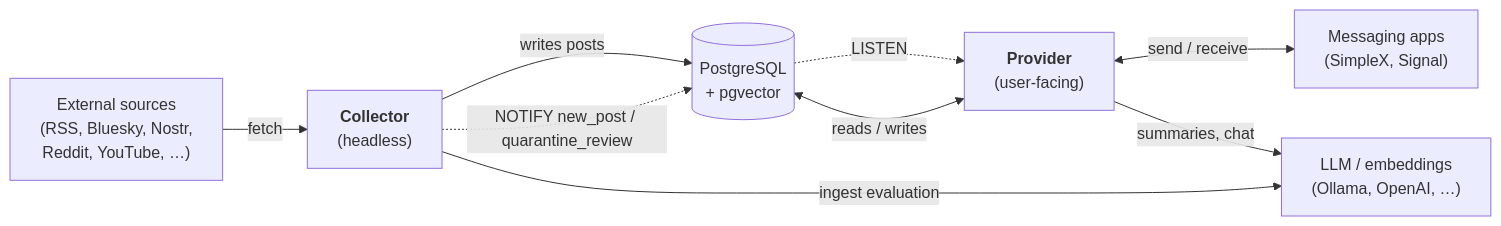
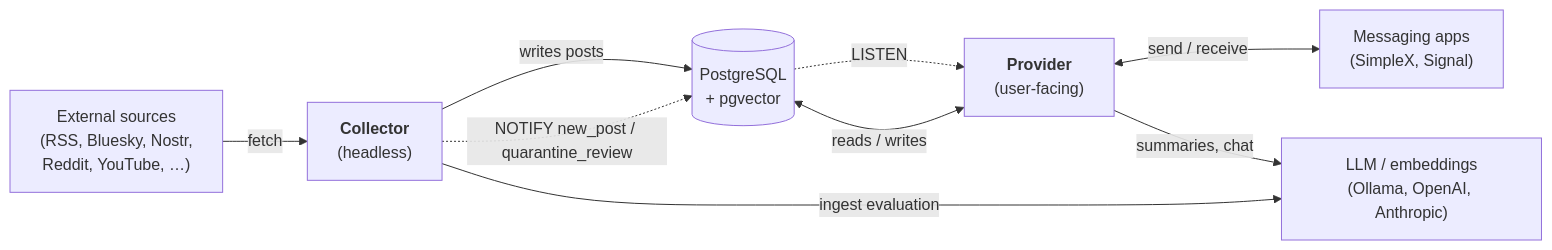
The first of 5 diagrams in OVERVIEW.md (zcat-app/infochat), drawn with Mermaid before and after one commit. The commit also changed other lines of this file and 5 other files, not shown here.

````diff
--- a/OVERVIEW.md
+++ b/OVERVIEW.md
@@ -33,18 +33,18 @@
 ```mermaid
 flowchart LR
     ext["External sources<br/>(RSS, Bluesky, Nostr,<br/>Reddit, YouTube, …)"]
     collector["<b>Collector</b><br/>(headless)"]
     db[("PostgreSQL<br/>+ pgvector")]
     provider["<b>Provider</b><br/>(user-facing)"]
     apps["Messaging apps<br/>(SimpleX, Signal)"]
-    llm["LLM / embeddings<br/>(Ollama, OpenAI, …)"]
+    llm["LLM / embeddings<br/>(Ollama, OpenAI, Anthropic)"]
 
     ext -->|fetch| collector
     collector -->|writes posts| db
     collector -.->|NOTIFY new_post / quarantine_review| db
     db -.->|LISTEN| provider
     provider <-->|reads / writes| db
     provider <-->|send / receive| apps
     collector -->|ingest evaluation| llm
     provider -->|summaries, chat| llm
 ```
````
